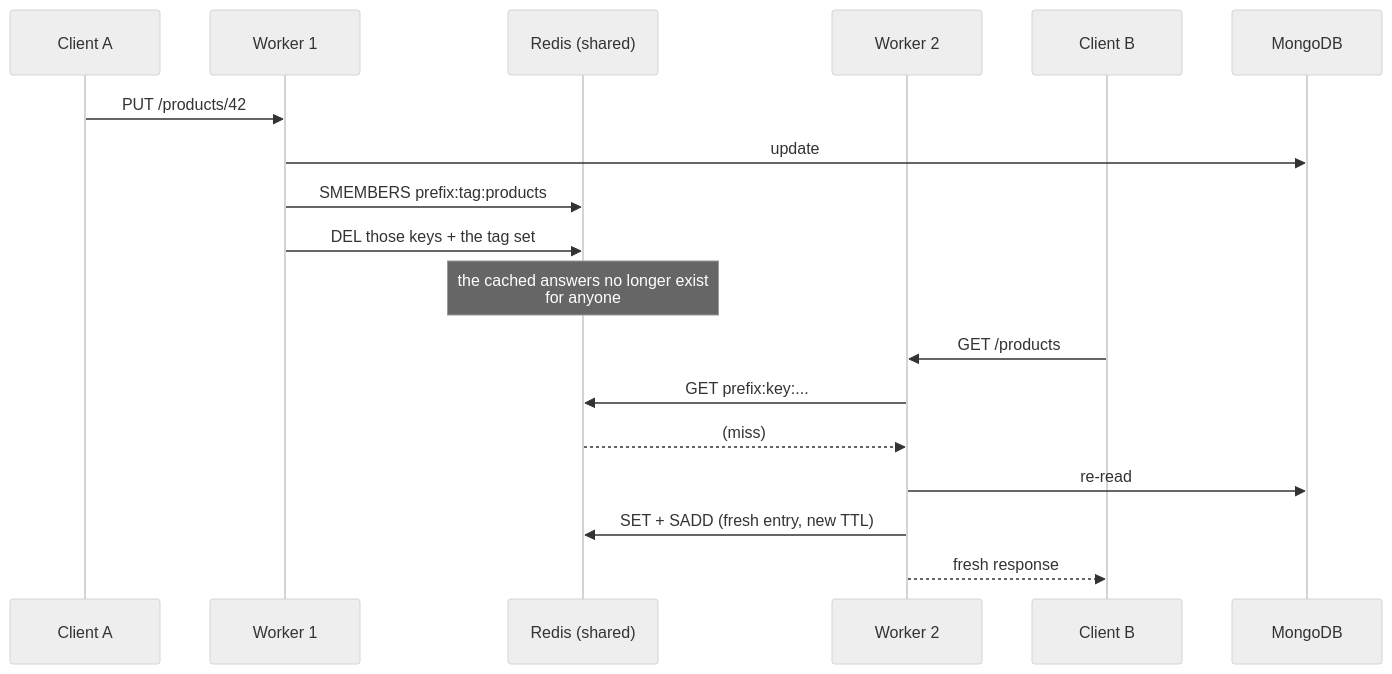
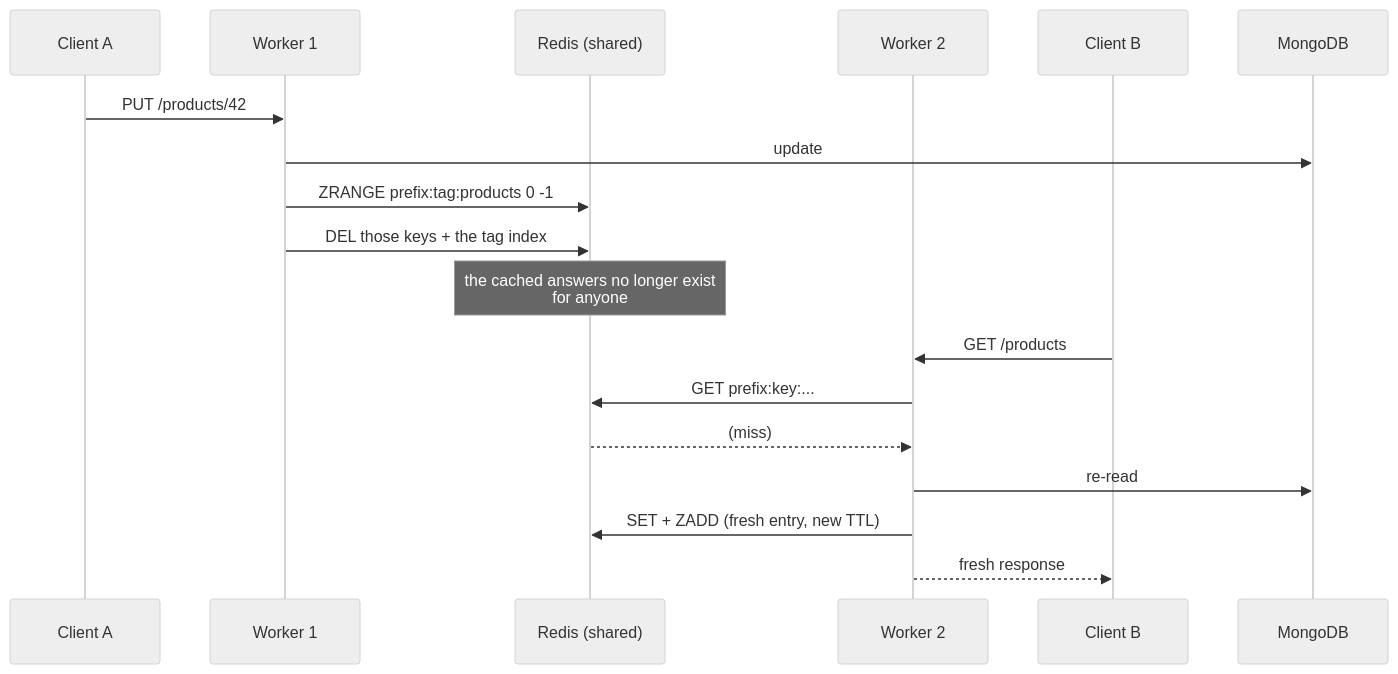
The fourth of 5 diagrams in docs/tools/redis-cache.md (Guebbit/boilerplate-node-backend), drawn with Mermaid (neutral theme) before and after one commit. The commit also changed other lines of this file and 9 other files, not shown here.

First line of the commit message:
fix(cache): key a product search from parsed scalars, hashed, and prune the tag index

````diff
--- a/docs/tools/redis-cache.md
+++ b/docs/tools/redis-cache.md
@@ -338,20 +357,20 @@
 ```mermaid
 sequenceDiagram
     participant C1 as Client A
     participant W1 as Worker 1
     participant R as Redis (shared)
     participant W2 as Worker 2
     participant C2 as Client B
     participant M as MongoDB
     C1->>W1: PUT /products/42
     W1->>M: update
-    W1->>R: SMEMBERS prefix:tag:products
-    W1->>R: DEL those keys + the tag set
+    W1->>R: ZRANGE prefix:tag:products 0 -1
+    W1->>R: DEL those keys + the tag index
     Note over R: the cached answers no longer exist<br/>for anyone
     C2->>W2: GET /products
     W2->>R: GET prefix:key:...
     R-->>W2: (miss)
     W2->>M: re-read
-    W2->>R: SET + SADD (fresh entry, new TTL)
+    W2->>R: SET + ZADD (fresh entry, new TTL)
     W2-->>C2: fresh response
 ```
````
